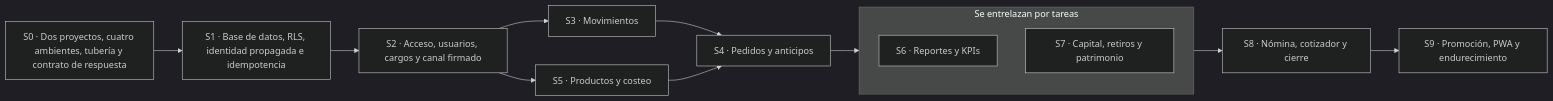
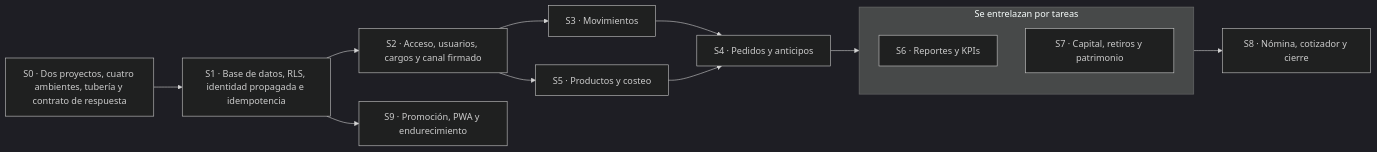
Before and after one commit to Juanchope039/Finanzas-PRISMA: the second of 2 diagrams in docs/08-plan-de-desarrollo.md, drawn with Mermaid (dark theme). The commit also changed other lines of this file and 15 other files, not shown here.

````diff
--- a/docs/08-plan-de-desarrollo.md
+++ b/docs/08-plan-de-desarrollo.md
@@ -812,24 +813,24 @@
 ```mermaid
 graph LR
   S0["S0 · Dos proyectos, cuatro ambientes, tubería y contrato de respuesta"]
   S1["S1 · Base de datos, RLS, identidad propagada e idempotencia"]
   S2["S2 · Acceso, usuarios, cargos y canal firmado"]
   S3["S3 · Movimientos"]
   S4["S4 · Pedidos y anticipos"]
   S5["S5 · Productos y costeo"]
   subgraph G67["Se entrelazan por tareas"]
     S6["S6 · Reportes y KPIs"]
     S7["S7 · Capital, retiros y patrimonio"]
   end
   S8["S8 · Nómina, cotizador y cierre"]
   S9["S9 · Promoción, PWA y endurecimiento"]
   S0 --> S1
   S1 --> S2
+  S1 --> S9
   S2 --> S3
   S2 --> S5
   S3 --> S4
   S4 --> G67
   S5 --> S4
   G67 --> S8
-  S8 --> S9
 ```
````
